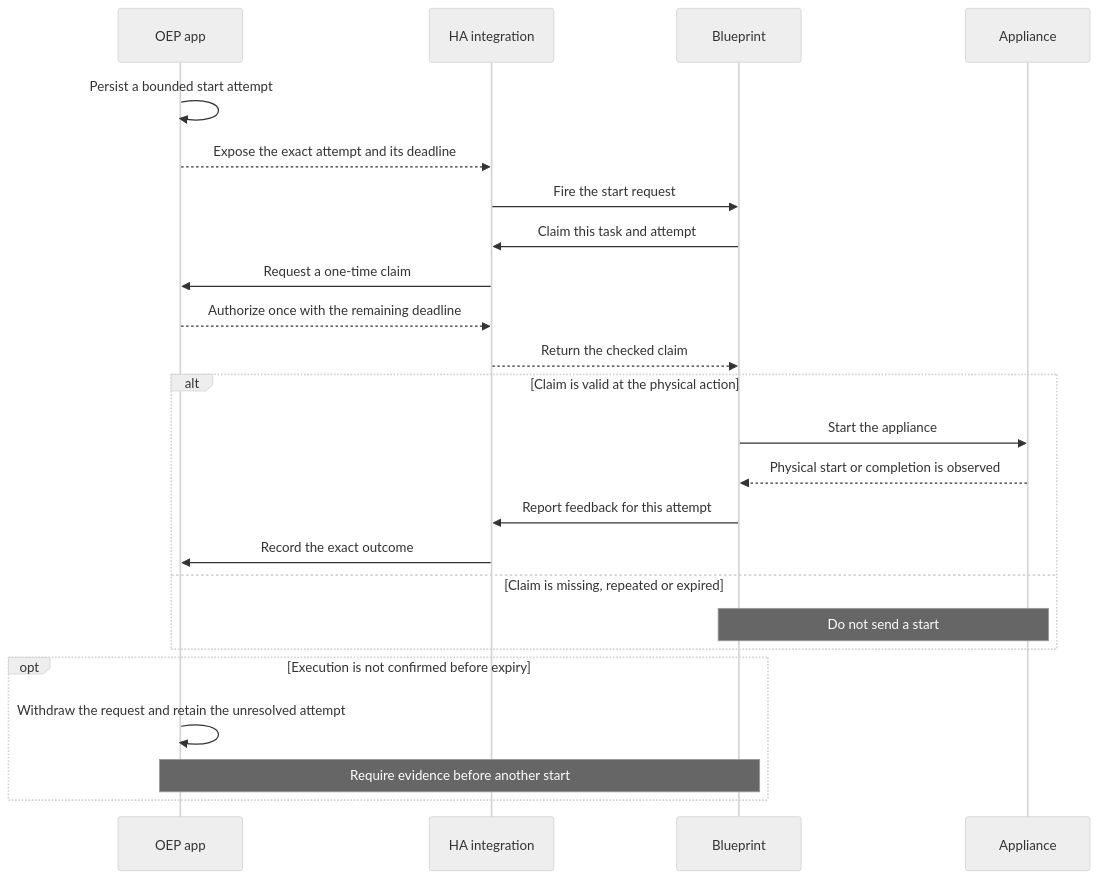
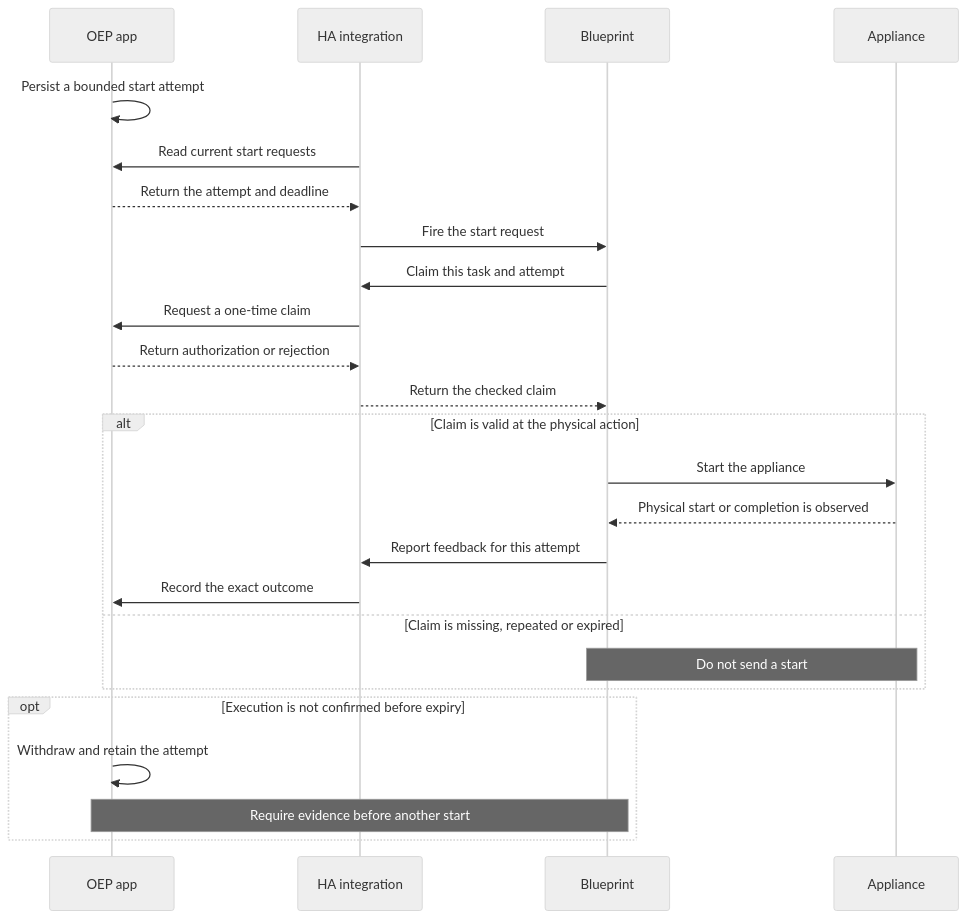
One commit to patrickvorgers/open-energy-planner changed the second of 2 diagrams in docs/development/SHIFTABLE-APPLIANCES.md. Above: the diagram before and after it, drawn with Mermaid (neutral theme). The commit also changed 11 other files, not shown here.

Commit message:
docs: keep sequence labels concise

````diff
--- a/docs/development/SHIFTABLE-APPLIANCES.md
+++ b/docs/development/SHIFTABLE-APPLIANCES.md
@@ -247,26 +247,27 @@
 ```mermaid
 sequenceDiagram
     participant App as OEP app
     participant HA as HA integration
     participant BP as Blueprint
     participant Device as Appliance
     App->>App: Persist a bounded start attempt
-    App-->>HA: Expose the exact attempt and its deadline
+    HA->>App: Read current start requests
+    App-->>HA: Return the attempt and deadline
     HA->>BP: Fire the start request
     BP->>HA: Claim this task and attempt
     HA->>App: Request a one-time claim
-    App-->>HA: Authorize once with the remaining deadline
+    App-->>HA: Return authorization or rejection
     HA-->>BP: Return the checked claim
     alt Claim is valid at the physical action
         BP->>Device: Start the appliance
         Device-->>BP: Physical start or completion is observed
         BP->>HA: Report feedback for this attempt
         HA->>App: Record the exact outcome
     else Claim is missing, repeated or expired
         Note over BP,Device: Do not send a start
     end
     opt Execution is not confirmed before expiry
-        App->>App: Withdraw the request and retain the unresolved attempt
+        App->>App: Withdraw and retain the attempt
         Note over App,BP: Require evidence before another start
     end
 ```
````
